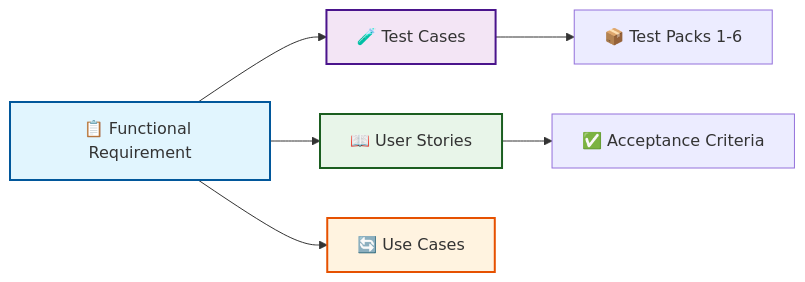
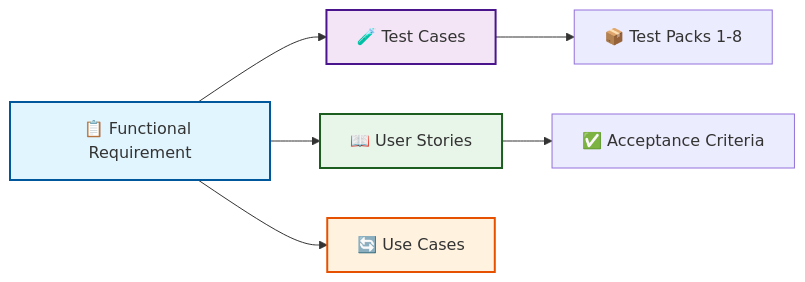
The diagram in documentation/content/requirements/index.md (admiralorbiter/VMS), drawn with Mermaid before and after one commit. The commit also changed other lines of this file and 13 other files, not shown here.

````diff
--- a/documentation/content/requirements/index.md
+++ b/documentation/content/requirements/index.md
@@ -56,13 +30,13 @@
 ```mermaid
 graph LR
     FR[📋 Functional Requirement] --> TC[🧪 Test Cases]
     FR --> US[📖 User Stories]
     FR --> UC[🔄 Use Cases]
     US --> AC[✅ Acceptance Criteria]
-    TC --> TP[📦 Test Packs 1-6]
+    TC --> TP[📦 Test Packs 1-8]
 
     style FR fill:#e1f5fe,stroke:#01579b,stroke-width:2px
     style TC fill:#f3e5f5,stroke:#4a148c,stroke-width:2px
     style US fill:#e8f5e9,stroke:#1b5e20,stroke-width:2px
     style UC fill:#fff3e0,stroke:#e65100,stroke-width:2px
 ```
````
